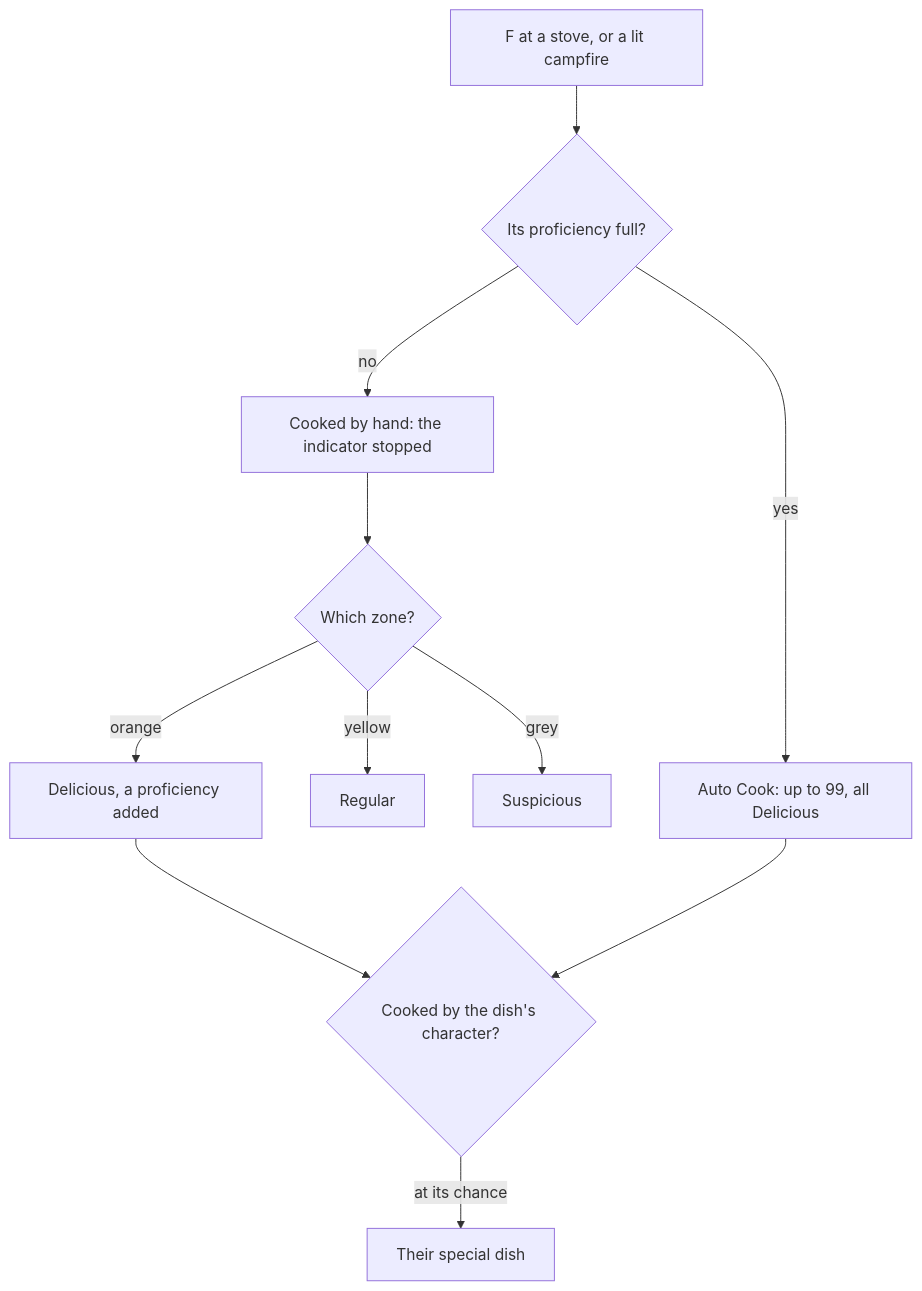
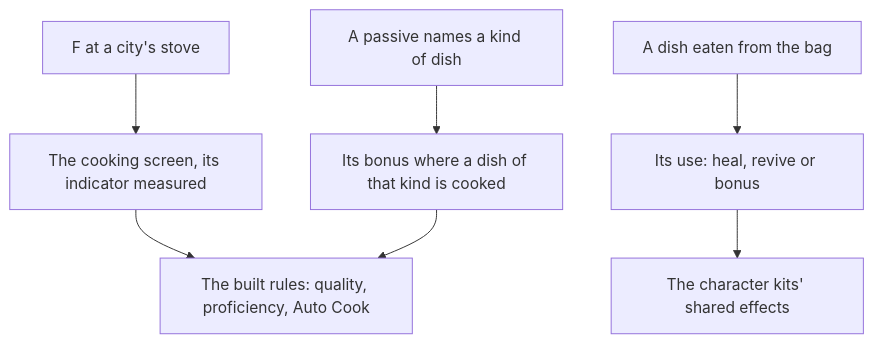
One commit to Esposter/Esposter changed the diagram in apps/web/content/docs/proposals/genshin/cooking.md. Above: the diagram before and after it, drawn with Mermaid. The commit also changed other lines of this file and 4 other files, not shown here.

First line of the commit message:
docs(genshin): cooking's dishes, Auto Cook, specialties, processing and campfires are built and indexed, its as-built page names the rules and what it leaves out, the proposal keeps the stove and screen, eating and the passives, and four recordings are owed

````diff
--- a/apps/web/content/docs/proposals/genshin/cooking.md
+++ b/apps/web/content/docs/proposals/genshin/cooking.md
@@ -23,13 +20,9 @@
 ```mermaid
 flowchart TD
-  STOVE["F at a stove, or a lit campfire"] --> DISH{"Its proficiency full?"}
-  DISH -->|"no"| HAND["Cooked by hand: the indicator stopped"]
-  HAND --> ZONE{"Which zone?"}
-  ZONE -->|"orange"| DELICIOUS["Delicious, a proficiency added"]
-  ZONE -->|"yellow"| REGULAR["Regular"]
-  ZONE -->|"grey"| SUSPICIOUS["Suspicious"]
-  DISH -->|"yes"| AUTO["Auto Cook: up to 99, all Delicious"]
-  DELICIOUS --> SPECIAL{"Cooked by the dish's character?"}
-  AUTO --> SPECIAL
-  SPECIAL -->|"at its chance"| SPECIALTY["Their special dish"]
+  STOVE["F at a city's stove"] --> SCREEN["The cooking screen, its indicator measured"]
+  SCREEN --> RULES["The built rules: quality, proficiency, Auto Cook"]
+  PASS["A passive names a kind of dish"] --> BONUS["Its bonus where a dish of that kind is cooked"]
+  BONUS --> RULES
+  EAT["A dish eaten from the bag"] --> USE["Its use: heal, revive or bonus"]
+  USE --> KIT["The character kits' shared effects"]
 ```
````
